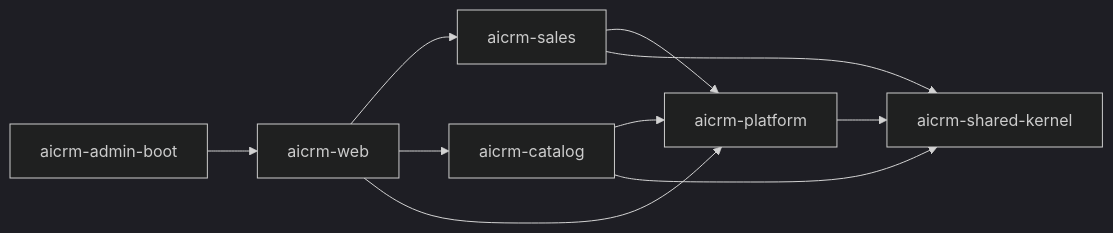
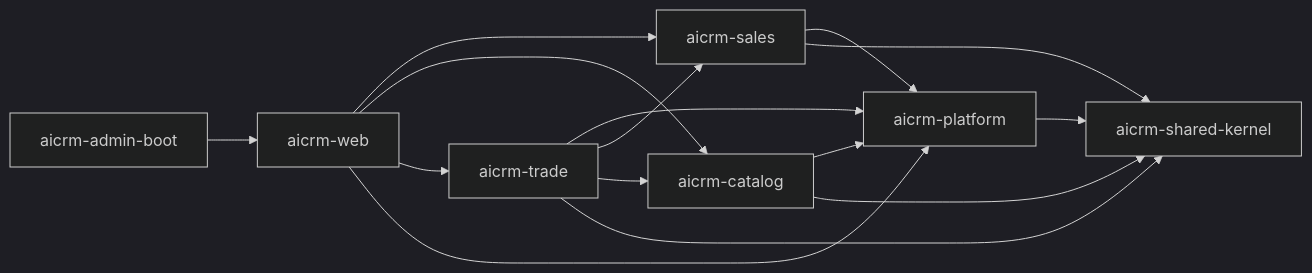
Before and after one commit to Squirtles331/AiCRM: the diagram in docs/architecture/module-boundaries.md, drawn with Mermaid (dark theme). The commit also changed other lines of this file and 36 other files, not shown here.

````diff
--- a/docs/architecture/module-boundaries.md
+++ b/docs/architecture/module-boundaries.md
@@ -5,12 +5,17 @@
 ```mermaid
 flowchart LR
   boot["aicrm-admin-boot"] --> web["aicrm-web"]
   web --> sales["aicrm-sales"]
   web --> catalog["aicrm-catalog"]
+  web --> trade["aicrm-trade"]
   web --> platform["aicrm-platform"]
   sales --> platform
   catalog --> platform
+  trade --> platform
+  trade --> sales
+  trade --> catalog
   sales --> kernel["aicrm-shared-kernel"]
   catalog --> kernel
+  trade --> kernel
   platform --> kernel
 ```
````
